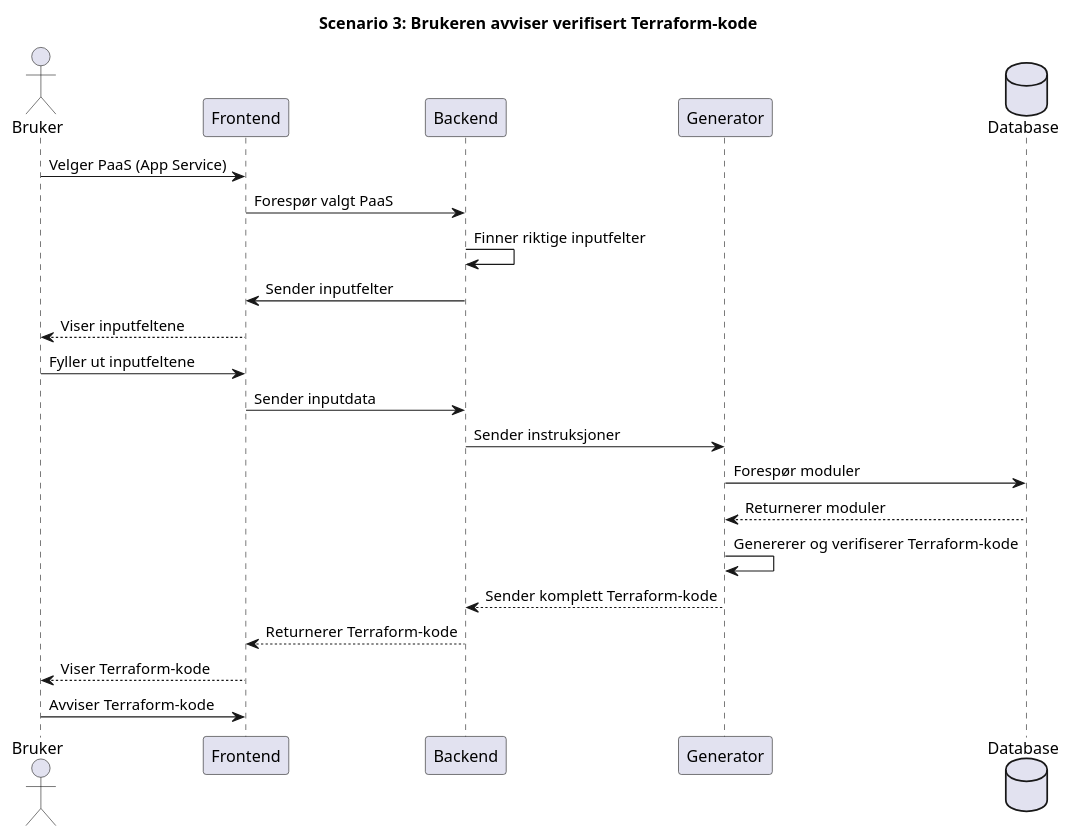
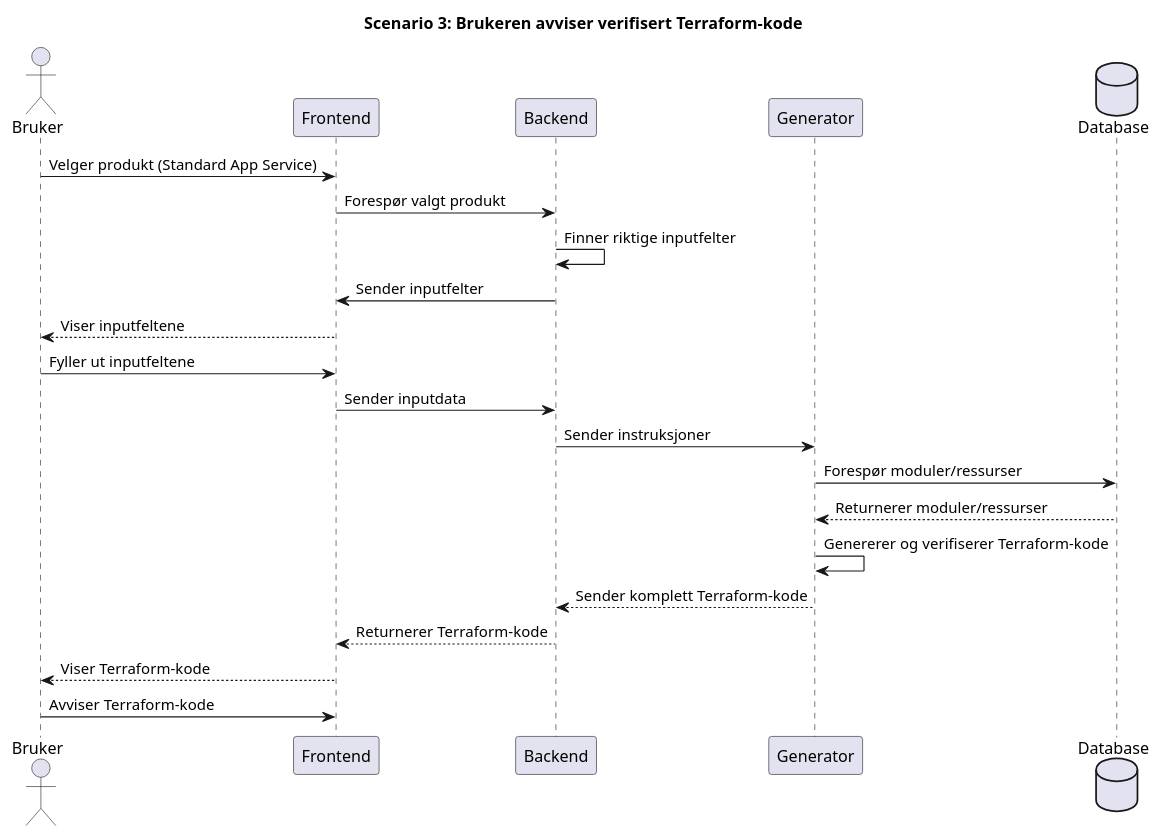
The diagram in UML_Diagrammer/Applikasjonsflyt-Manuell-v3/avvistkode.puml (Bachelor-B25ITK12/Diagrammer), drawn with PlantUML before and after one commit. The commit also changed 19 other files, not shown here.

Commit message:
oppdatterte alle scenariene med riktige begreper, fra PaaS til produkt osv.

```diff
--- a/UML_Diagrammer/Applikasjonsflyt-Manuell-v3/avvistkode.puml
+++ b/UML_Diagrammer/Applikasjonsflyt-Manuell-v3/avvistkode.puml
@@ -1,28 +1,28 @@
 @startuml
 title Scenario 3: Brukeren avviser verifisert Terraform-kode
 
 actor Bruker as Bruker
 participant Frontend as Frontend
 participant Backend as Backend
 participant Generator as Generator
 database Database as Database
 
-Bruker        ->      Frontend        :   Velger PaaS (App Service)
-Frontend      ->      Backend         :   Forespør valgt PaaS
+Bruker        ->      Frontend        :   Velger produkt (Standard App Service)
+Frontend      ->      Backend         :   Forespør valgt produkt
 Backend       ->      Backend         :   Finner riktige inputfelter
 Backend       ->      Frontend        :   Sender inputfelter
 Frontend      -->     Bruker          :   Viser inputfeltene
 Bruker        ->      Frontend        :   Fyller ut inputfeltene
 Frontend      ->      Backend         :   Sender inputdata
 Backend       ->      Generator       :   Sender instruksjoner
 
-Generator     ->      Database        :   Forespør moduler
-Database      -->     Generator       :   Returnerer moduler
+Generator     ->      Database        :   Forespør moduler/ressurser
+Database      -->     Generator       :   Returnerer moduler/ressurser
 Generator     ->      Generator       :   Genererer og verifiserer Terraform-kode
 Generator     -->     Backend         :   Sender komplett Terraform-kode
 
 Backend       -->     Frontend        :   Returnerer Terraform-kode
 Frontend      -->     Bruker          :   Viser Terraform-kode
 Bruker        ->      Frontend        :   Avviser Terraform-kode
 
 @enduml
```
